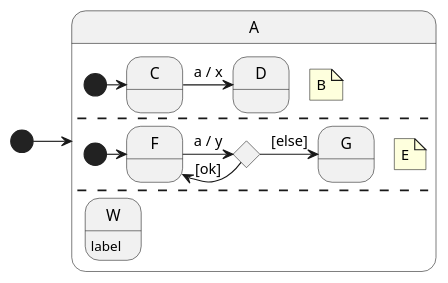
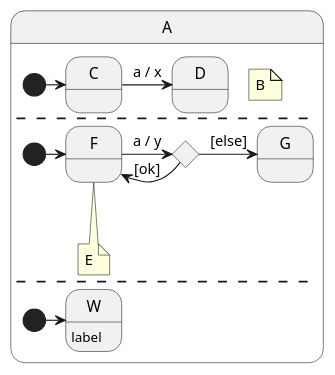
One commit to theodore-norvell/cogent changed the diagram in foo.puml. Above: the diagram before and after it, drawn with PlantUML. The commit also changed 13 other files, not shown here.

```diff
--- a/foo.puml
+++ b/foo.puml
@@ -1,21 +1,23 @@
 @startuml
-    [*] -> A
     state A {
         note "B" as B
         [*] -> C
         state C
         state D
         C -> D: a / x
         --
         note "E" as E
         [*] -> F
         state F
         state G
         state H <<choice>>
         F -> H: a / y
         H -> F: [ok] 
         H -> G: [else]
+        F --> E : XYZ
         --
+        [*] -> W
         state W : label
     }
+    state A
 @enduml
```
